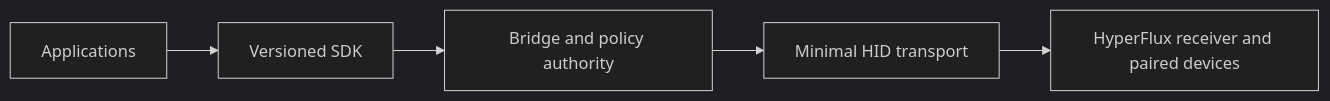
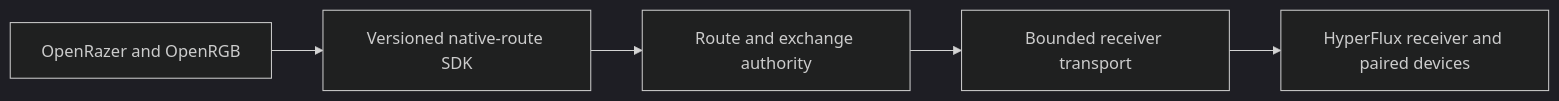
Before and after one commit to offalexjackson777-stack/hyperflux-next: the diagram in README.md, drawn with Mermaid (dark theme). The commit also changed other lines of this file and 95 other files, not shown here.

Commit message:
feat: complete declarative native route integration

````diff
--- a/README.md
+++ b/README.md
@@ -28,7 +28,7 @@
 ```mermaid
 flowchart LR
-    Applications["Applications"] --> SDK["Versioned SDK"]
-    SDK --> Bridge["Bridge and policy authority"]
-    Bridge --> Kernel["Minimal HID transport"]
+    Applications["OpenRazer and OpenRGB"] --> SDK["Versioned native-route SDK"]
+    SDK --> Bridge["Route and exchange authority"]
+    Bridge --> Kernel["Bounded receiver transport"]
     Kernel --> Receiver["HyperFlux receiver and paired devices"]
 ```
````
